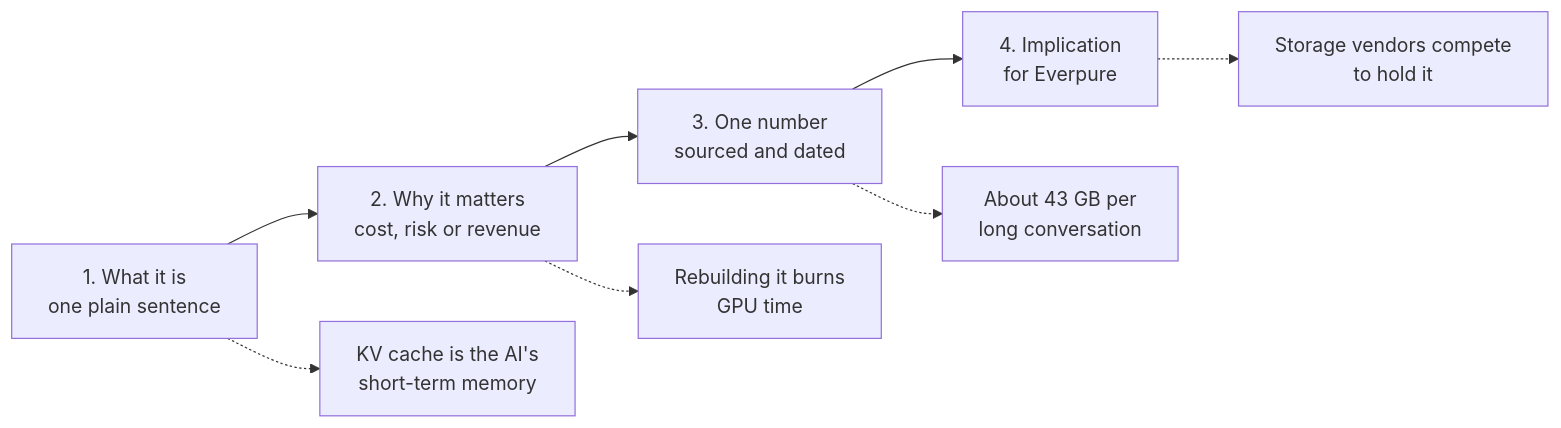
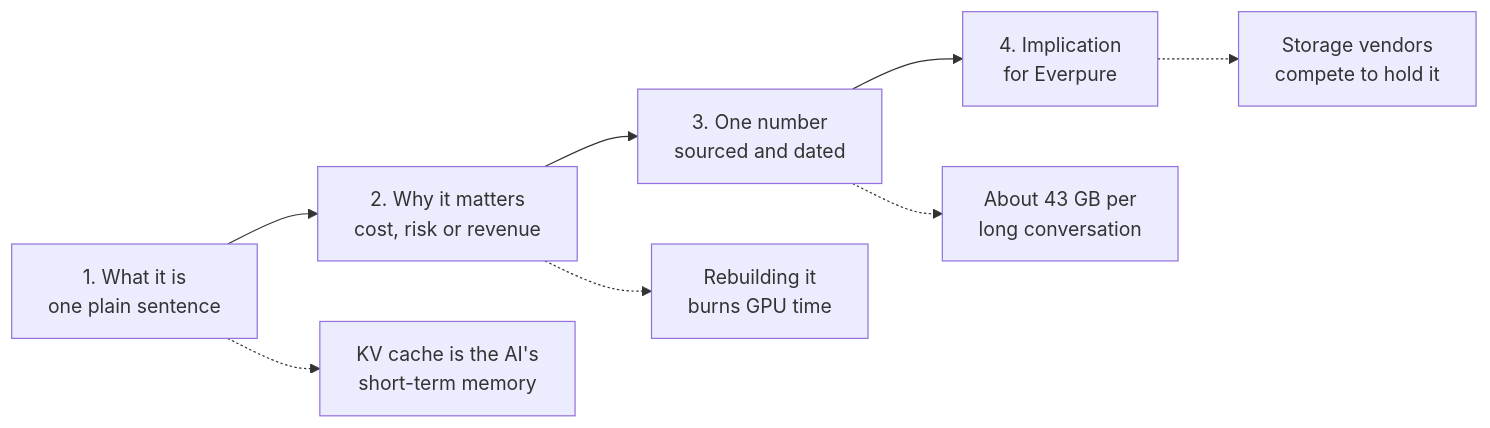
Before and after one commit to FrankHuang94/storage-_db_claude: the second of 2 diagrams in docs/08-conversation-toolkit/58-explain-in-30-seconds.md, drawn with Mermaid. The commit also changed other lines of this file and 10 other files, not shown here.

````diff
--- a/docs/08-conversation-toolkit/58-explain-in-30-seconds.md
+++ b/docs/08-conversation-toolkit/58-explain-in-30-seconds.md
@@ -63,10 +61,10 @@
 ```mermaid
 flowchart LR
   A["1. What it is<br/>one plain sentence"] --> B["2. Why it matters<br/>cost, risk or revenue"]
   B --> C["3. One number<br/>sourced and dated"]
   C --> D["4. Implication<br/>for Everpure"]
   A -.-> E["KV cache is the AI's<br/>short-term memory"]
-  B -.-> F["Rebuilding it burns<br/>GPU time"]
+  B -.-> F["Rebuilding it<br/>burns GPU time"]
   C -.-> G["About 43 GB per<br/>long conversation"]
-  D -.-> H["Storage vendors compete<br/>to hold it"]
+  D -.-> H["Storage vendors<br/>compete to hold it"]
 ```
````
